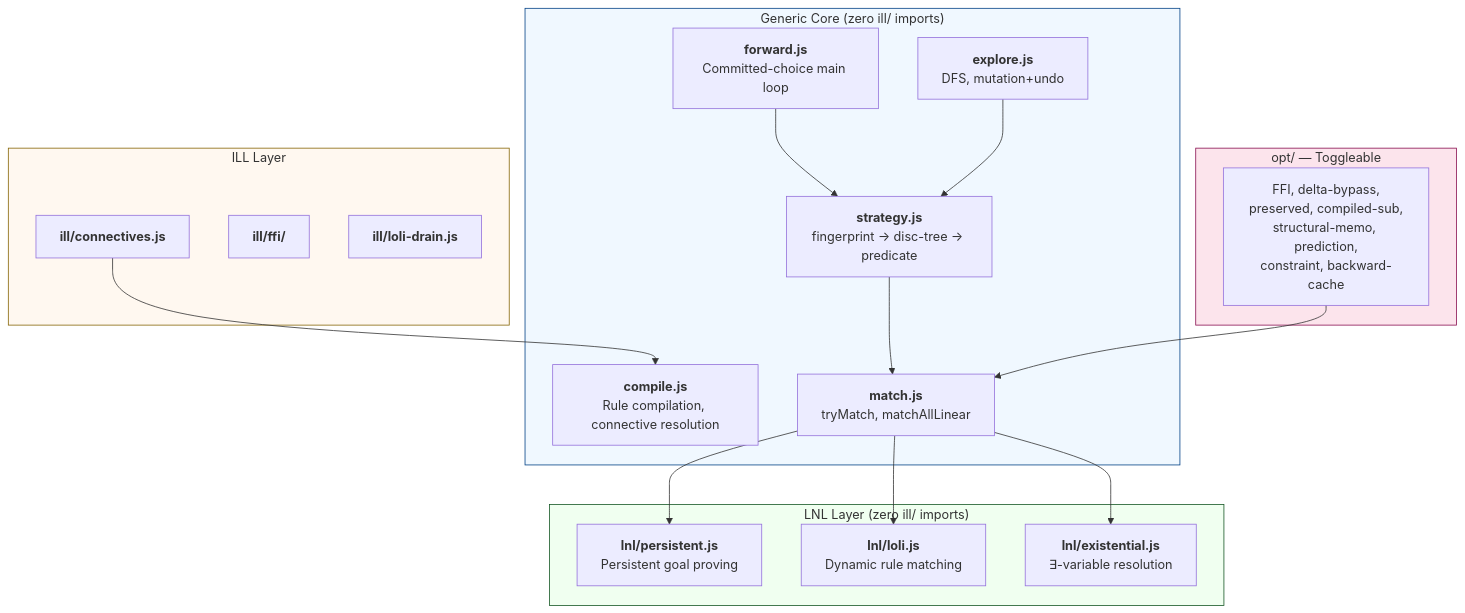
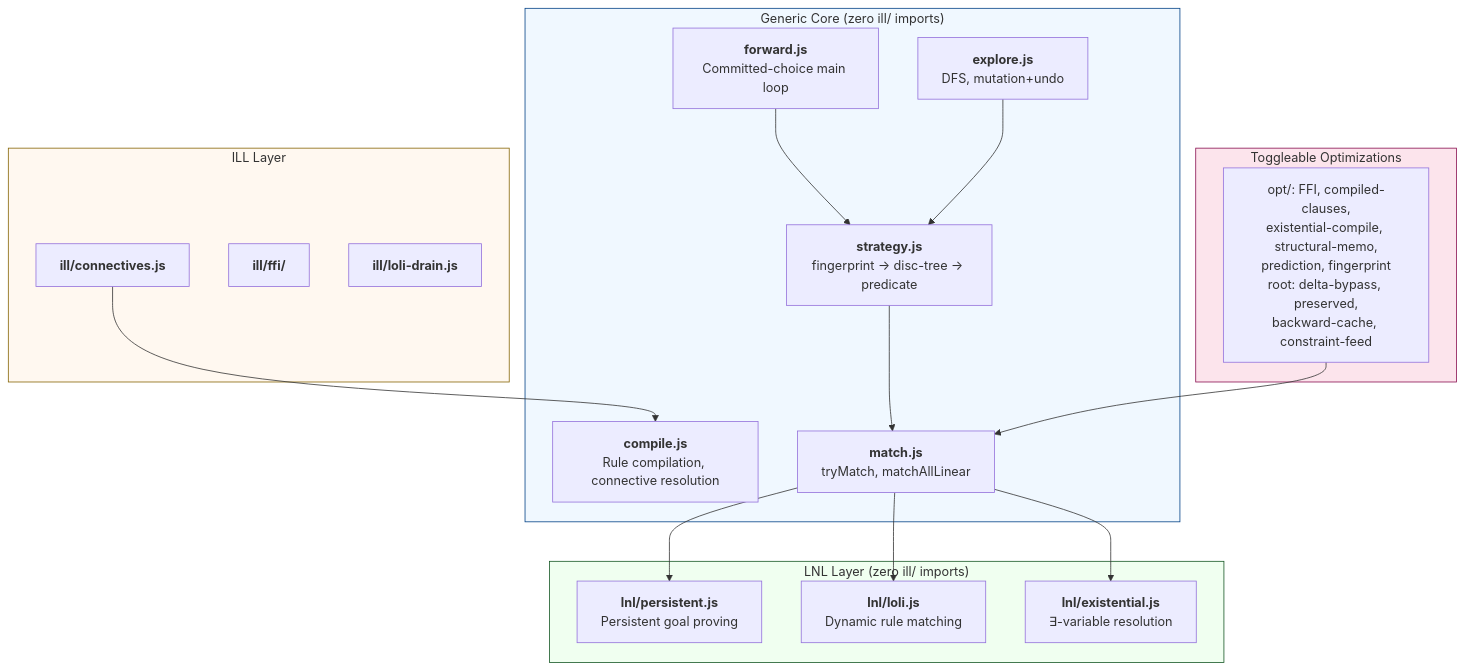
One commit to mhhf/calc changed the second of 2 diagrams in doc/documentation/architecture.md. Above: the diagram before and after it, drawn with Mermaid. The commit also changed other lines of this file and 12 other files, not shown here.

````diff
--- a/doc/documentation/architecture.md
+++ b/doc/documentation/architecture.md
@@ -231,40 +235,40 @@
 ```mermaid
 graph TB
     subgraph GenericCore["Generic Core (zero ill/ imports)"]
         COMP["<b>compile.js</b><br/>Rule compilation, connective resolution"]
         MAT["<b>match.js</b><br/>tryMatch, matchAllLinear"]
         STRAT["<b>strategy.js</b><br/>fingerprint → disc-tree → predicate"]
         EXEC["<b>forward.js</b><br/>Committed-choice main loop"]
         EXP["<b>explore.js</b><br/>DFS, mutation+undo"]
     end
 
     subgraph LNLLayer["LNL Layer (zero ill/ imports)"]
         PERS["<b>lnl/persistent.js</b><br/>Persistent goal proving"]
         LOLI["<b>lnl/loli.js</b><br/>Dynamic rule matching"]
         EXIS["<b>lnl/existential.js</b><br/>∃-variable resolution"]
     end
 
     subgraph ILLLayer["ILL Layer"]
         CONN["<b>ill/connectives.js</b>"]
         FFIL["<b>ill/ffi/</b>"]
         DRAIN["<b>ill/loli-drain.js</b>"]
     end
 
-    subgraph OptLayer["opt/ — Toggleable"]
-        OPT["FFI, delta-bypass,<br/>preserved, compiled-sub,<br/>structural-memo, prediction,<br/>constraint, backward-cache"]
+    subgraph OptLayer["Toggleable Optimizations"]
+        OPT["opt/: FFI, compiled-clauses,<br/>existential-compile, structural-memo,<br/>prediction, fingerprint<br/>root: delta-bypass, preserved,<br/>backward-cache, constraint-feed"]
     end
 
     STRAT --> MAT
     MAT --> PERS
     MAT --> LOLI
     MAT --> EXIS
     EXEC --> STRAT
     EXP --> STRAT
     CONN --> COMP
     OPT --> MAT
 
     style GenericCore fill:#f0f8ff,stroke:#004085
     style LNLLayer fill:#f0fff0,stroke:#155724
     style ILLLayer fill:#fff8f0,stroke:#856404
     style OptLayer fill:#fce4ec,stroke:#880e4f
 ```
````
